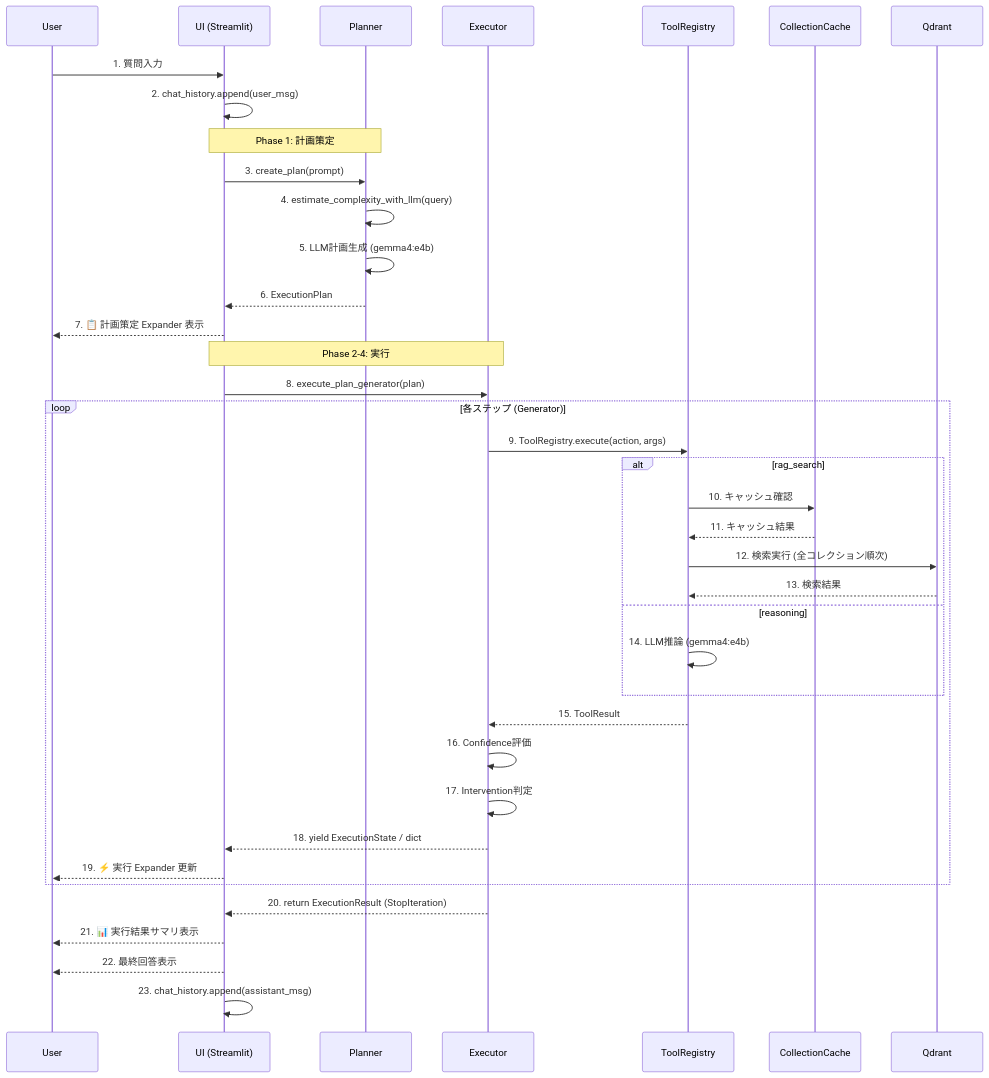
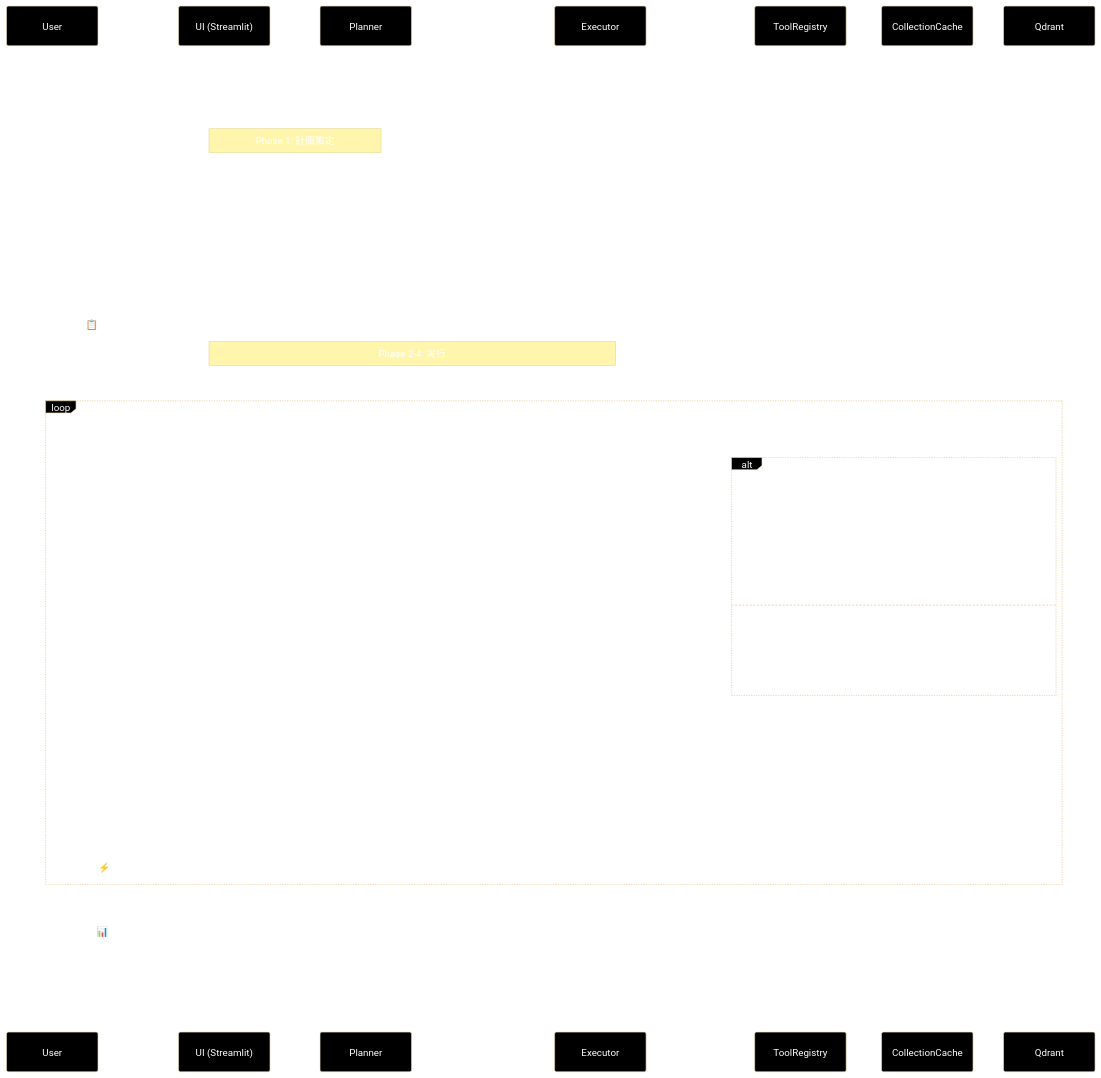
One commit to nakashima2toshio/ollama_grace_agent_v2 changed the eighth of 13 diagrams in readme_autonomous_agent.md. Above: the diagram before and after it, drawn with Mermaid. The commit also changed other lines of this file and 7 other files, not shown here.

````diff
--- a/readme_autonomous_agent.md
+++ b/readme_autonomous_agent.md
@@ -619,50 +674,51 @@
 ```mermaid
+%%{ init: { "theme": "base", "themeVariables": {"background": "#000000", "mainBkg": "#000000","textColor": "#ffffff", "lineColor": "#ffffff","actorBkg": "#000000", "actorTextColor": "#ffffff","actorLineColor": "#ffffff", "noteBkg": "#1a1a1a","noteTextColor": "#ffffff" } } }%%
 sequenceDiagram
     participant User as User
     participant UI as UI (Streamlit)
     participant Planner as Planner
     participant Executor as Executor
     participant Tools as ToolRegistry
     participant Cache as CollectionCache
     participant Qdrant as Qdrant
 
     User->>UI: 1. 質問入力
     UI->>UI: 2. chat_history.append(user_msg)
 
     Note over UI,Planner: Phase 1: 計画策定
 
     UI->>Planner: 3. create_plan(prompt)
-    Planner->>Planner: 4. estimate_complexity_with_llm(query)
-    Planner->>Planner: 5. LLM計画生成 (gemma4:e4b)
+    Planner->>Planner: 4. estimate_complexity(query) + _should_use_llm_plan()
+    Planner->>Planner: 5. ルールベース計画 or LLM計画生成 (generate_content / Anthropic Claude via llm_compat)
     Planner-->>UI: 6. ExecutionPlan
     UI-->>User: 7. 📋 計画策定 Expander 表示
 
     Note over UI,Executor: Phase 2-4: 実行
 
     UI->>Executor: 8. execute_plan_generator(plan)
 
     loop 各ステップ (Generator)
         Executor->>Tools: 9. ToolRegistry.execute(action, args)
 
         alt rag_search
             Tools->>Cache: 10. キャッシュ確認
             Cache-->>Tools: 11. キャッシュ結果
             Tools->>Qdrant: 12. 検索実行 (全コレクション順次)
             Qdrant-->>Tools: 13. 検索結果
         else reasoning
-            Tools->>Tools: 14. LLM推論 (gemma4:e4b)
+            Tools->>Tools: 14. LLM推論 (Claude Sonnet)
         end
 
         Tools-->>Executor: 15. ToolResult
         Executor->>Executor: 16. Confidence評価
         Executor->>Executor: 17. Intervention判定
 
         Executor-->>UI: 18. yield ExecutionState / dict
         UI-->>User: 19. ⚡ 実行 Expander 更新
     end
 
     Executor-->>UI: 20. return ExecutionResult (StopIteration)
     UI-->>User: 21. 📊 実行結果サマリ表示
     UI-->>User: 22. 最終回答表示
     UI->>UI: 23. chat_history.append(assistant_msg)
 ```
````
